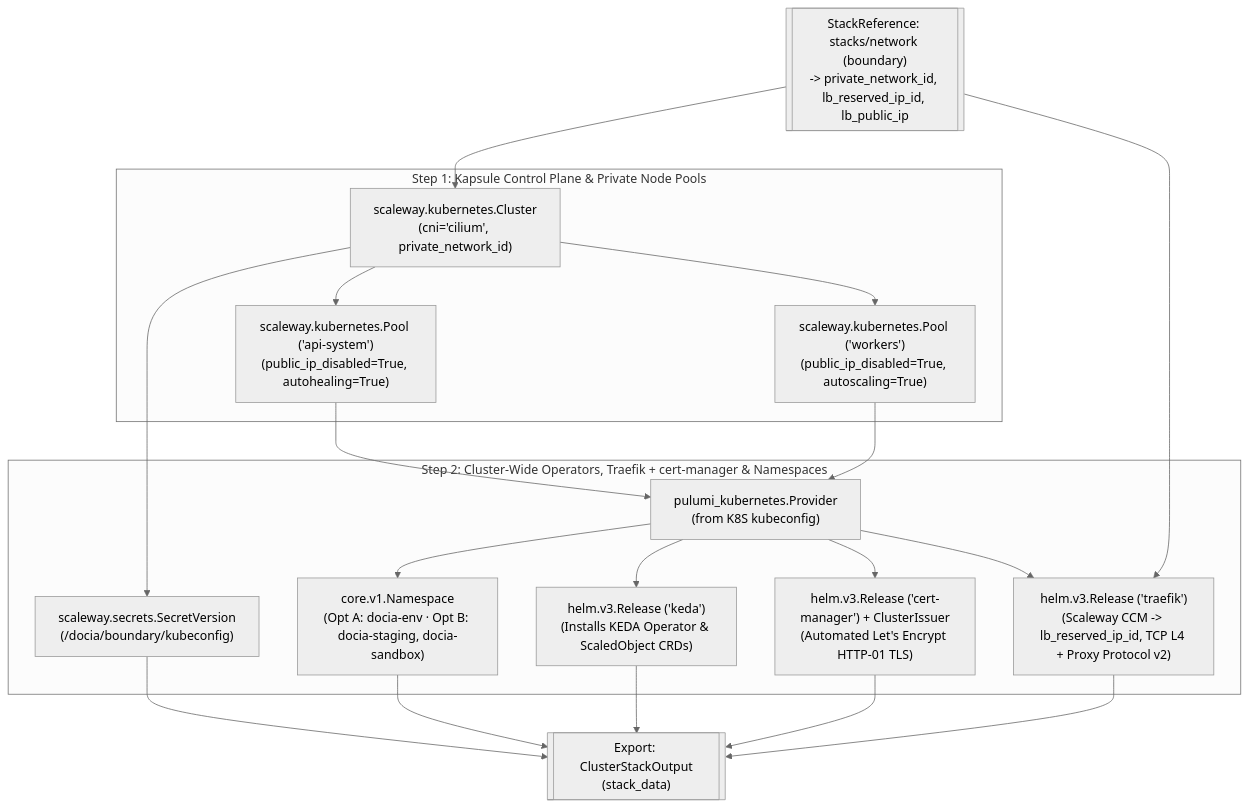
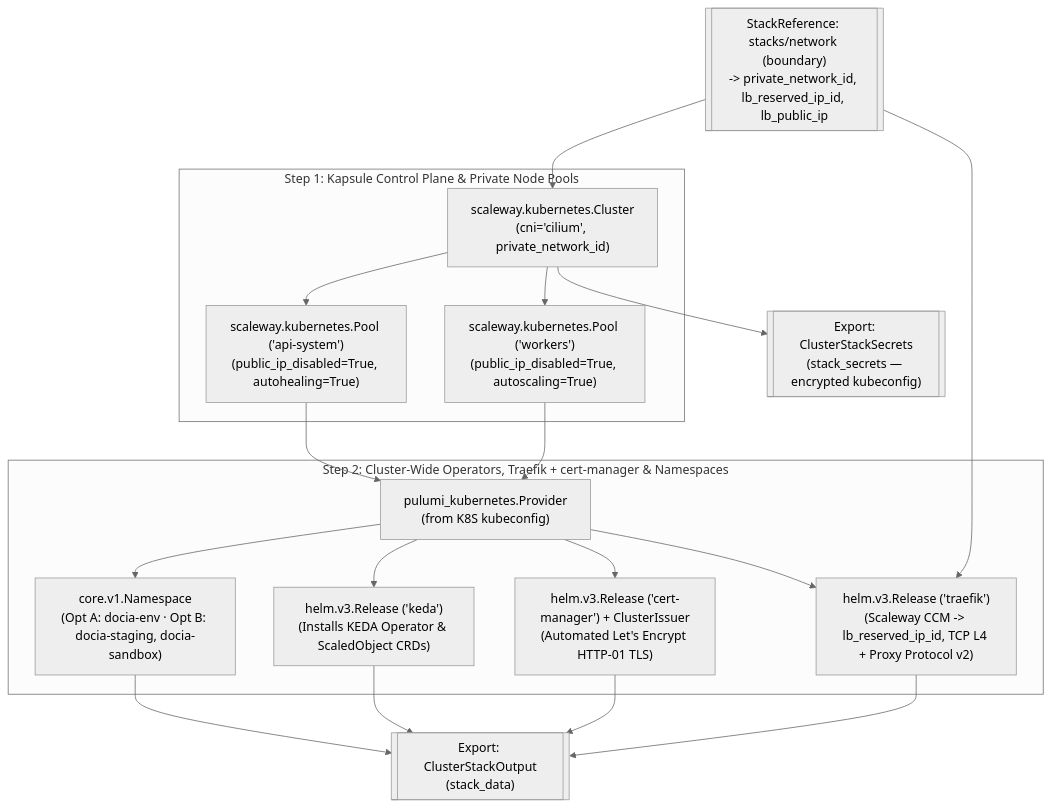
One commit to etalab-ia/document-ia-infra changed diagram 16 of 17 in docs/ARCHITECTURE.md. Above: the diagram before and after it, drawn with Mermaid (neutral theme). The commit also changed other lines of this file, not shown here.

First line of the commit message:
docs(architecture): harden VPC ACL, S3 policies, K8s secrets, Bastion, KEDA TLS and Traefik

````diff
--- a/docs/ARCHITECTURE.md
+++ b/docs/ARCHITECTURE.md
@@ -1147,27 +1208,26 @@
 ```mermaid
 flowchart TB
     REF_NET[["StackReference: stacks/network (boundary)<br/>-> private_network_id, lb_reserved_ip_id, lb_public_ip"]]
 
     subgraph STEP_1["Step 1: Kapsule Control Plane & Private Node Pools"]
         K8S["scaleway.kubernetes.Cluster<br/>(cni='cilium', private_network_id)"]
         POOL_SYS["scaleway.kubernetes.Pool ('api-system')<br/>(public_ip_disabled=True, autohealing=True)"]
         POOL_WRK["scaleway.kubernetes.Pool ('workers')<br/>(public_ip_disabled=True, autoscaling=True)"]
         K8S --> POOL_SYS & POOL_WRK
     end
 
     subgraph STEP_2["Step 2: Cluster-Wide Operators, Traefik + cert-manager & Namespaces"]
         K_PROV["pulumi_kubernetes.Provider<br/>(from K8S kubeconfig)"]
-        KUBE_SEC["scaleway.secrets.SecretVersion<br/>(/docia/boundary/kubeconfig)"]
         NS["core.v1.Namespace<br/>(Opt A: docia-env · Opt B: docia-staging, docia-sandbox)"]
         KEDA_HELM["helm.v3.Release ('keda')<br/>(Installs KEDA Operator & ScaledObject CRDs)"]
         CERT_HELM["helm.v3.Release ('cert-manager') + ClusterIssuer<br/>(Automated Let's Encrypt HTTP-01 TLS)"]
         ING_HELM["helm.v3.Release ('traefik')<br/>(Scaleway CCM -> lb_reserved_ip_id, TCP L4 + Proxy Protocol v2)"]
 
         POOL_SYS & POOL_WRK --> K_PROV
-        K8S --> KUBE_SEC
         K_PROV --> NS & KEDA_HELM & CERT_HELM & ING_HELM
     end
 
     REF_NET --> K8S & ING_HELM
-    KUBE_SEC & NS & KEDA_HELM & CERT_HELM & ING_HELM --> OUT[["Export: ClusterStackOutput<br/>(stack_data)"]]
+    NS & KEDA_HELM & CERT_HELM & ING_HELM --> OUT[["Export: ClusterStackOutput<br/>(stack_data)"]]
+    K8S --> OUT_SEC[["Export: ClusterStackSecrets<br/>(stack_secrets — encrypted kubeconfig)"]]
 ```
````
